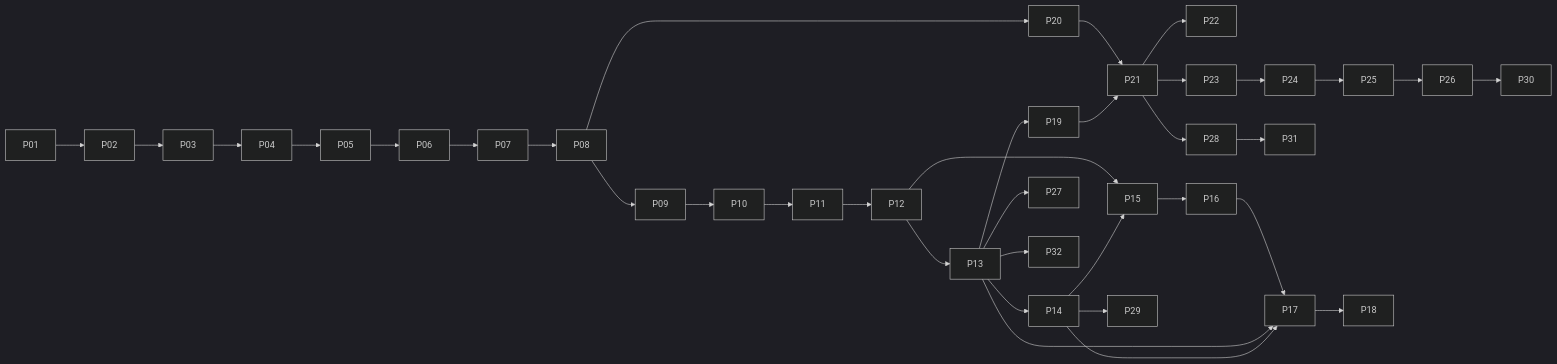
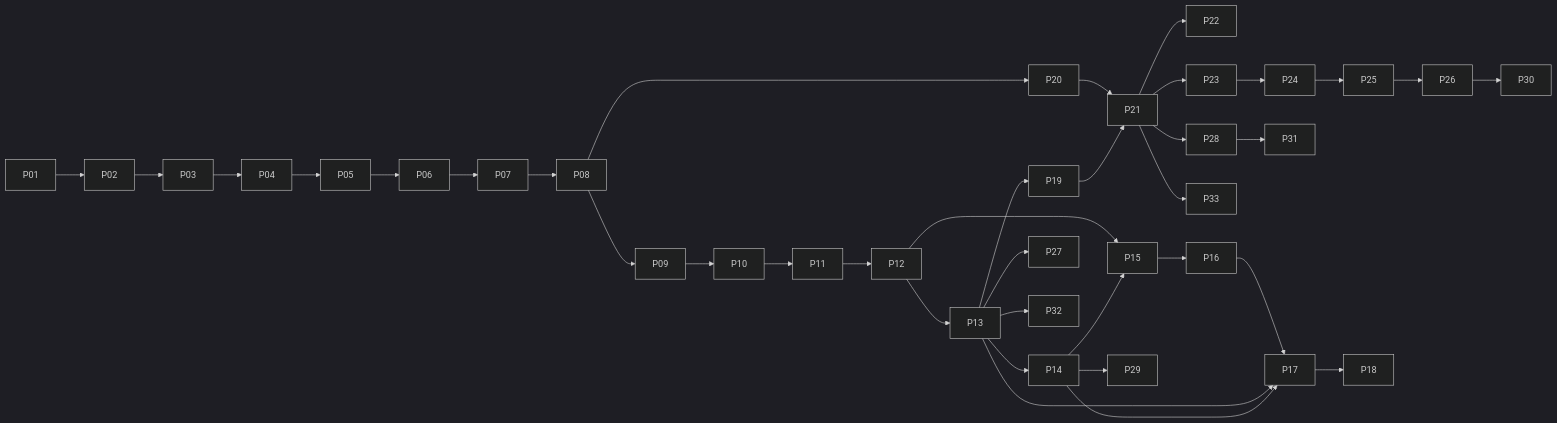
One commit to takemo101/ambien changed the diagram in docs/implementation-plan.md. Above: the diagram before and after it, drawn with Mermaid (dark theme). The commit also changed other lines of this file and 12 other files, not shown here.

````diff
--- a/docs/implementation-plan.md
+++ b/docs/implementation-plan.md
@@ -108,22 +108,23 @@
 ```mermaid
 flowchart LR
  P01 --> P02 --> P03 --> P04 --> P05 --> P06 --> P07 --> P08 --> P09 --> P10 --> P11 --> P12 --> P13 --> P14
  P12 --> P15
  P13 --> P19
  P08 --> P20
  P20 --> P21
  P19 --> P21
  P21 --> P22
  P21 --> P23
  P23 --> P24 --> P25
  P13 --> P27
  P21 --> P28
  P14 --> P29
+ P21 --> P33
  P26 --> P30
  P28 --> P31
  P13 --> P32
  P25 --> P26
  P14 --> P15 --> P16 --> P17 --> P18
  P13 --> P17
  P14 --> P17
 ```
````
